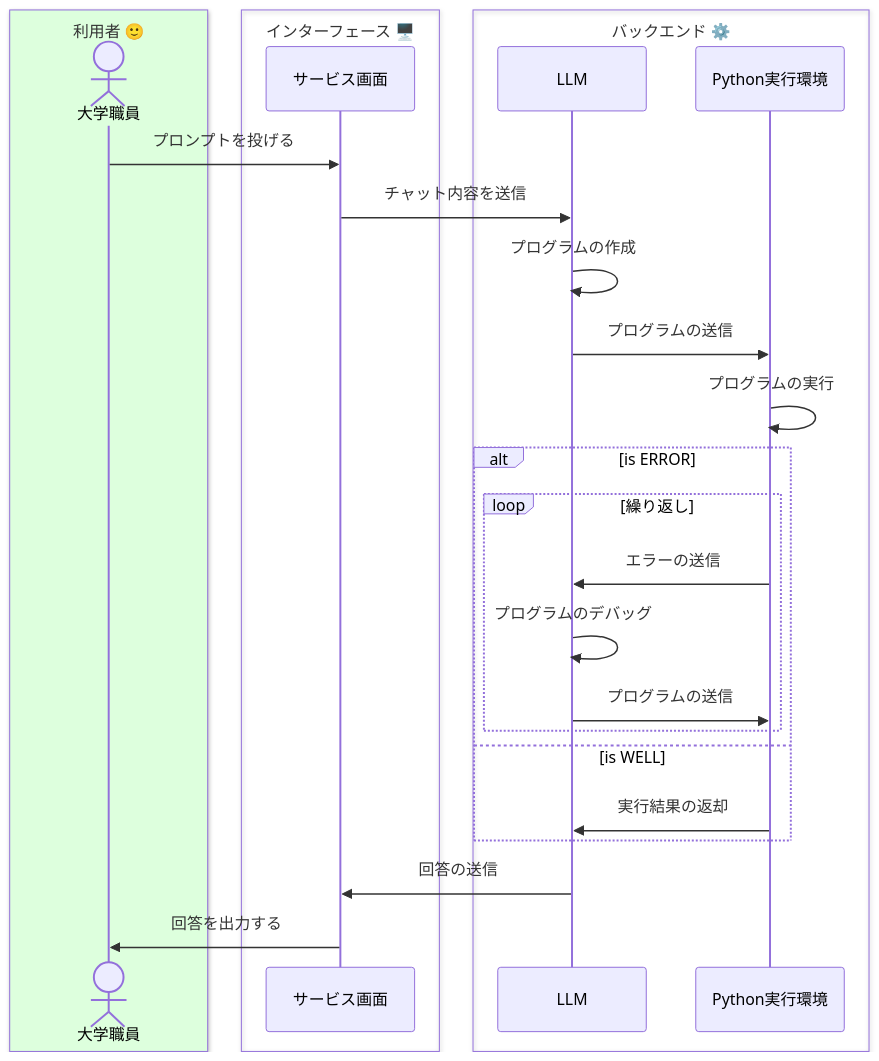
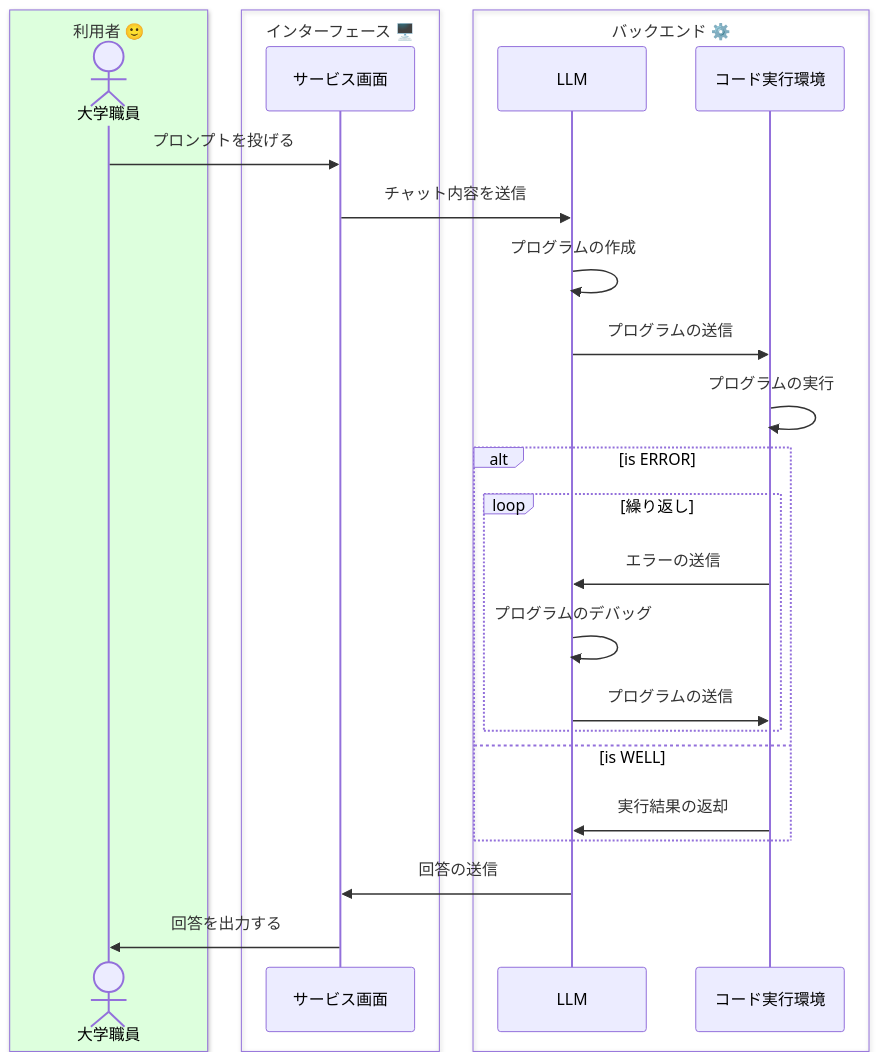
Before and after one commit to gmoriki/Prompt4Us: the fifth of 6 diagrams in content/docs/essence/external-tools.md, drawn with Mermaid. The commit also changed other lines of this file and 26 other files, not shown here.

````diff
--- a/content/docs/essence/external-tools.md
+++ b/content/docs/essence/external-tools.md
@@ -158,29 +161,29 @@
 ```mermaid
     sequenceDiagram
     box rgb(221,255,221) 利用者 🙂
     actor 大学職員
     end
     box インターフェース 🖥️
     participant サービス画面
     end
     box バックエンド ⚙️
     participant LLM
-    participant Python実行環境
+    participant コード実行環境
     end
     大学職員->>サービス画面: プロンプトを投げる
     サービス画面->>LLM: チャット内容を送信
     LLM->>LLM: プログラムの作成
-    LLM->>Python実行環境: プログラムの送信
-    Python実行環境->>Python実行環境: プログラムの実行
+    LLM->>コード実行環境: プログラムの送信
+    コード実行環境->>コード実行環境: プログラムの実行
     alt is ERROR
         loop 繰り返し
-        Python実行環境->>LLM: エラーの送信
+        コード実行環境->>LLM: エラーの送信
         LLM->>LLM: プログラムのデバッグ
-        LLM->>Python実行環境: プログラムの送信
+        LLM->>コード実行環境: プログラムの送信
         end
     else is WELL
-        Python実行環境->>LLM: 実行結果の返却
+        コード実行環境->>LLM: 実行結果の返却
     end
     LLM->>サービス画面: 回答の送信
     サービス画面->>大学職員: 回答を出力する
 ```
````
